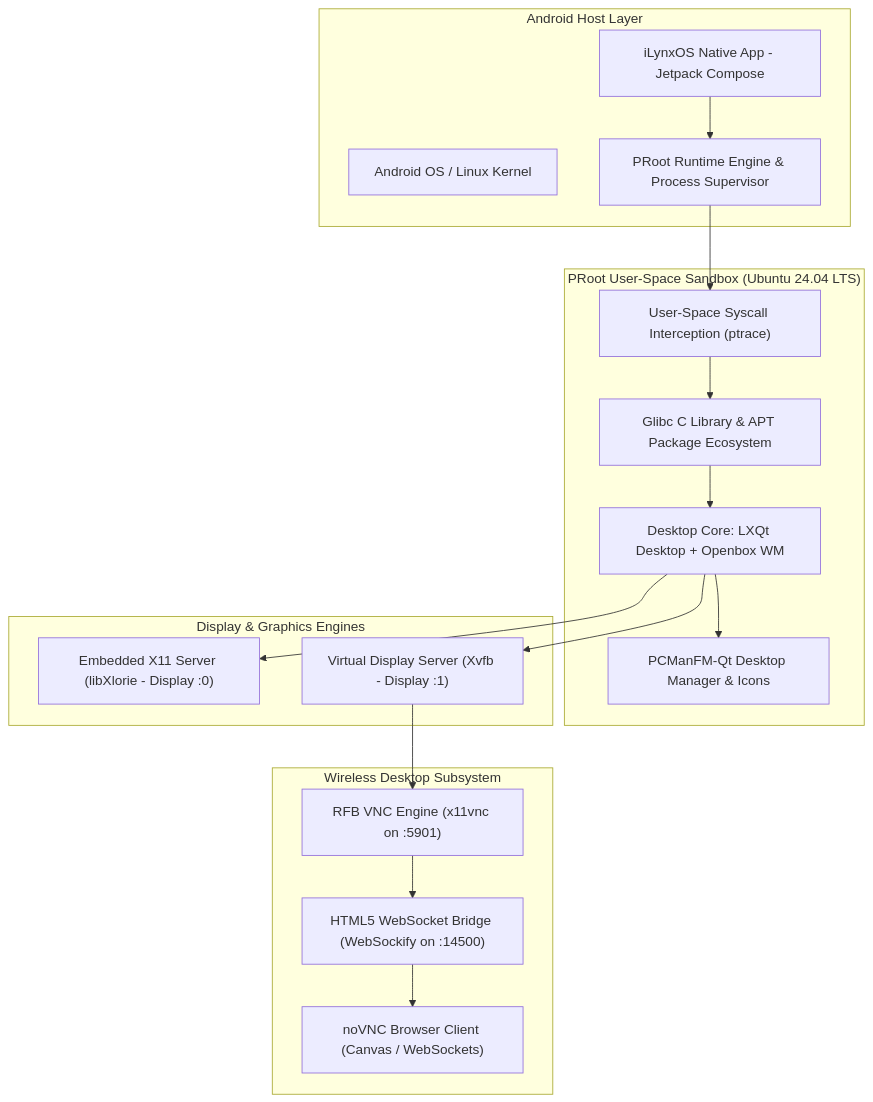
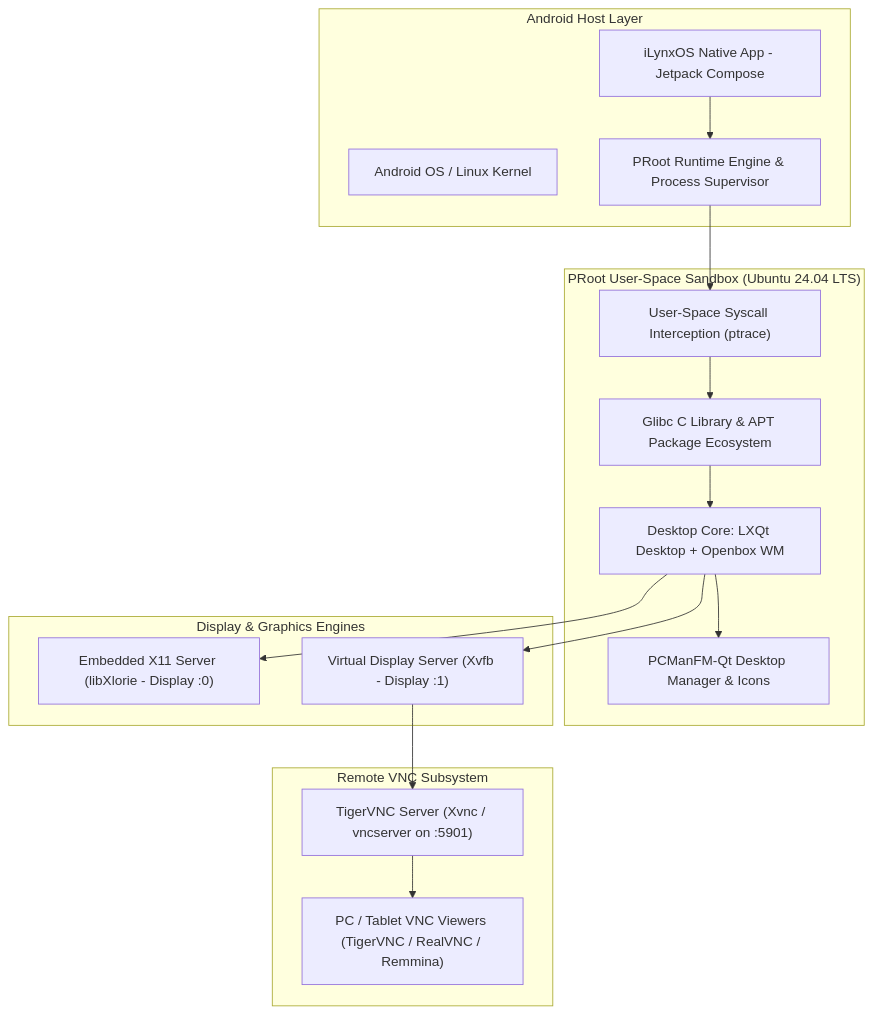
Before and after one commit to Smruti-Ranjan-Sahoo-Tech/iLynxOS: the diagram in README.md, drawn with Mermaid. The commit also changed other lines of this file and 116 other files, not shown here.

````diff
--- a/README.md
+++ b/README.md
@@ -187,33 +187,32 @@
 ```mermaid
 flowchart TD
     subgraph Host["Android Host Layer"]
         A[Android OS / Linux Kernel]
         B[iLynxOS Native App - Jetpack Compose]
         C[PRoot Runtime Engine & Process Supervisor]
     end
 
     subgraph Linux["PRoot User-Space Sandbox (Ubuntu 24.04 LTS)"]
         D["User-Space Syscall Interception (ptrace)"]
         E["Glibc C Library & APT Package Ecosystem"]
         F["Desktop Core: LXQt Desktop + Openbox WM"]
         G["PCManFM-Qt Desktop Manager & Icons"]
     end
 
     subgraph Display["Display & Graphics Engines"]
         H["Embedded X11 Server (libXlorie - Display :0)"]
         I["Virtual Display Server (Xvfb - Display :1)"]
     end
 
-    subgraph Wireless["Wireless Desktop Subsystem"]
-        J["RFB VNC Engine (x11vnc on :5901)"]
-        K["HTML5 WebSocket Bridge (WebSockify on :14500)"]
-        L["noVNC Browser Client (Canvas / WebSockets)"]
+    subgraph VNC["Remote VNC Subsystem"]
+        J["TigerVNC Server (Xvnc / vncserver on :5901)"]
+        K["PC / Tablet VNC Viewers (TigerVNC / RealVNC / Remmina)"]
     end
 
     B --> C --> D --> E --> F
     F --> G
     F --> H
     F --> I
     I --> J
-    J --> K --> L
+    J --> K
 ```
````
